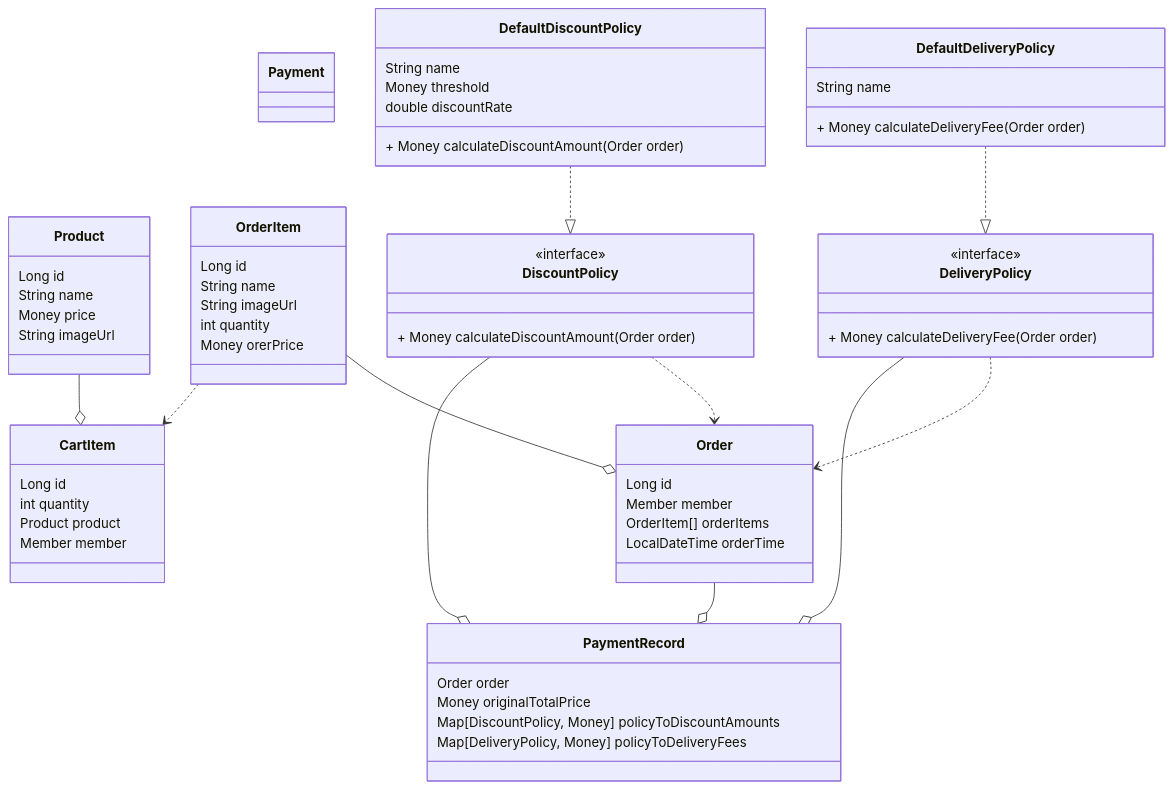
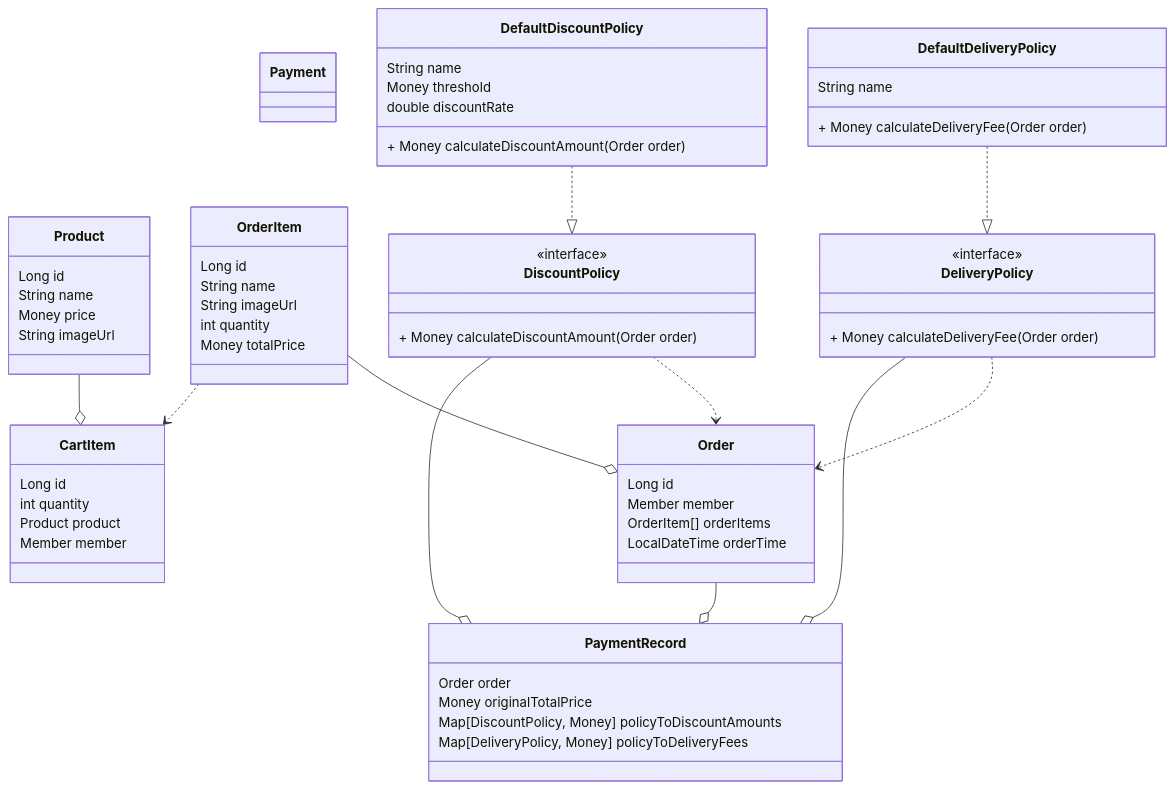
One commit to woowacourse/jwp-shopping-order changed the diagram in README.md. Above: the diagram before and after it, drawn with Mermaid. The commit also changed other lines of this file and 14 other files, not shown here.

````diff
--- a/README.md
+++ b/README.md
@@ -25,70 +25,70 @@
 ```mermaid
 classDiagram
 
     class CartItem {
         Long id
         int quantity
         Product product
         Member member
     }
     class Product {
         Long id
         String name
         Money price
         String imageUrl
     }
 
     class OrderItem {
         Long id
         String name
         String imageUrl
         int quantity
-        Money orerPrice
+        Money totalPrice
     }
 
     class Order {
         Long id
         Member member
         OrderItem[] orderItems
         LocalDateTime orderTime     <! 고려중>
     }
     class Payment
     class PaymentRecord {
         Order order
         Money originalTotalPrice
         Map[DiscountPolicy, Money] policyToDiscountAmounts
         Map[DeliveryPolicy, Money] policyToDeliveryFees
     }
     
     class DiscountPolicy {
         <<interface>>
         + Money calculateDiscountAmount(Order order)
     }
     class DefaultDiscountPolicy {
         String name
         Money threshold
         double discountRate
         + Money calculateDiscountAmount(Order order)
     }
 
     class DeliveryPolicy {
         <<interface>>
         + Money calculateDeliveryFee(Order order)
     }
     class DefaultDeliveryPolicy {
         String name
         + Money calculateDeliveryFee(Order order)
     }
 
     Product --o CartItem 
     OrderItem ..> CartItem
     OrderItem --o Order
     DiscountPolicy --o PaymentRecord
     DeliveryPolicy --o PaymentRecord
     DiscountPolicy ..> Order
     DeliveryPolicy ..> Order
      Order--o PaymentRecord
     DefaultDeliveryPolicy ..|> DeliveryPolicy
     DefaultDiscountPolicy ..|> DiscountPolicy
 
 ```
````
